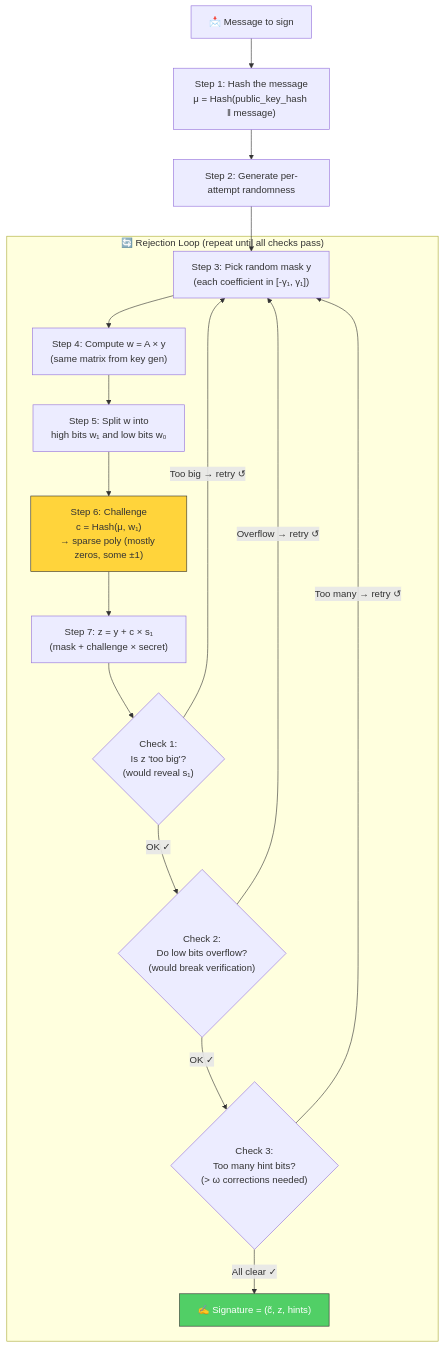
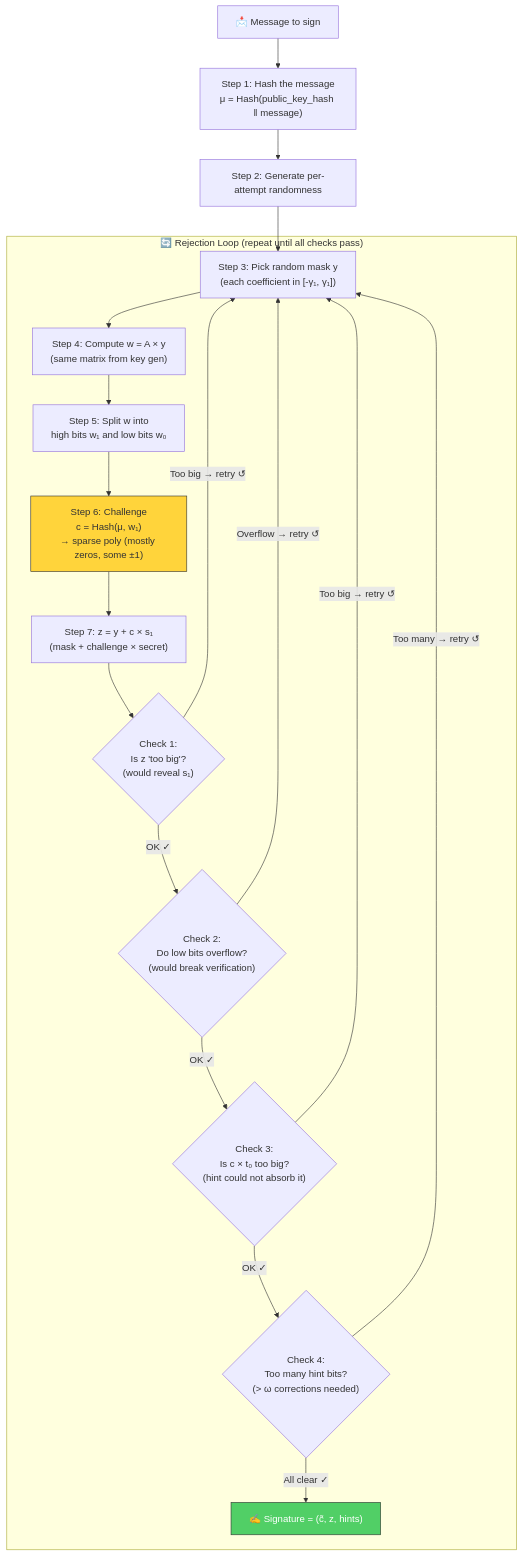
Before and after one commit to lattice-safe/dilithium-rs: the third of 5 diagrams in docs/MATH.md, drawn with Mermaid. The commit also changed other lines of this file and 4 other files, not shown here.

````diff
--- a/docs/MATH.md
+++ b/docs/MATH.md
@@ -215,26 +215,28 @@
 ```mermaid
 flowchart TD
     START["📩 Message to sign"] --> MU["Step 1: Hash the message\nμ = Hash(public_key_hash ‖ message)"]
     MU --> RANDOM["Step 2: Generate per-attempt randomness"]
     RANDOM --> LOOP_START
 
     subgraph LOOP ["🔄 Rejection Loop (repeat until all checks pass)"]
         LOOP_START["Step 3: Pick random mask y\n(each coefficient in [-γ₁, γ₁])"]
         LOOP_START --> W["Step 4: Compute w = A × y\n(same matrix from key gen)"]
         W --> SPLIT["Step 5: Split w into\nhigh bits w₁ and low bits w₀"]
         SPLIT --> CHAL["Step 6: Challenge\nc = Hash(μ, w₁)\n→ sparse poly (mostly zeros, some ±1)"]
         CHAL --> Z["Step 7: z = y + c × s₁\n(mask + challenge × secret)"]
         Z --> CHECK1{"Check 1:\nIs z 'too big'?\n(would reveal s₁)"}
         CHECK1 -- "Too big → retry ↺" --> LOOP_START
         CHECK1 -- "OK ✓" --> CHECK2{"Check 2:\nDo low bits overflow?\n(would break verification)"}
         CHECK2 -- "Overflow → retry ↺" --> LOOP_START
-        CHECK2 -- "OK ✓" --> CHECK3{"Check 3:\nToo many hint bits?\n(> ω corrections needed)"}
-        CHECK3 -- "Too many → retry ↺" --> LOOP_START
-        CHECK3 -- "All clear ✓" --> OUTPUT
+        CHECK2 -- "OK ✓" --> CHECK3{"Check 3:\nIs c × t₀ too big?\n(hint could not absorb it)"}
+        CHECK3 -- "Too big → retry ↺" --> LOOP_START
+        CHECK3 -- "OK ✓" --> CHECK4{"Check 4:\nToo many hint bits?\n(> ω corrections needed)"}
+        CHECK4 -- "Too many → retry ↺" --> LOOP_START
+        CHECK4 -- "All clear ✓" --> OUTPUT
     end
 
     OUTPUT["✍️ Signature = (c̃, z, hints)"]
 
     style CHAL fill:#ffd43b,stroke:#333
     style OUTPUT fill:#51cf66,stroke:#333,color:#fff
 ```
````
